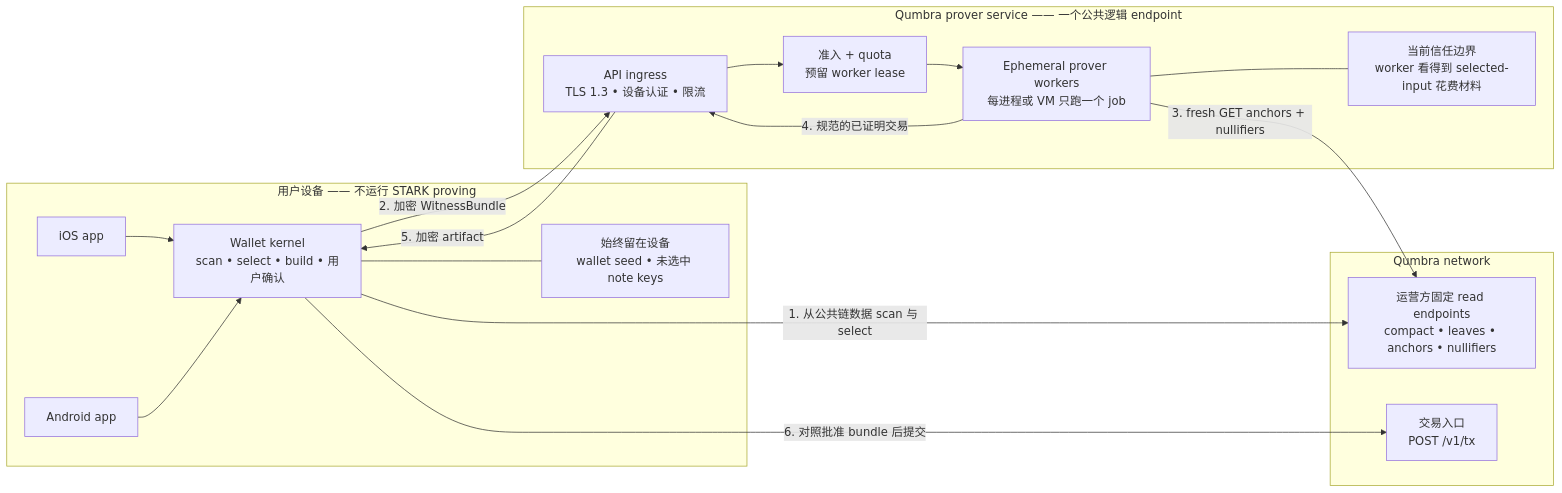
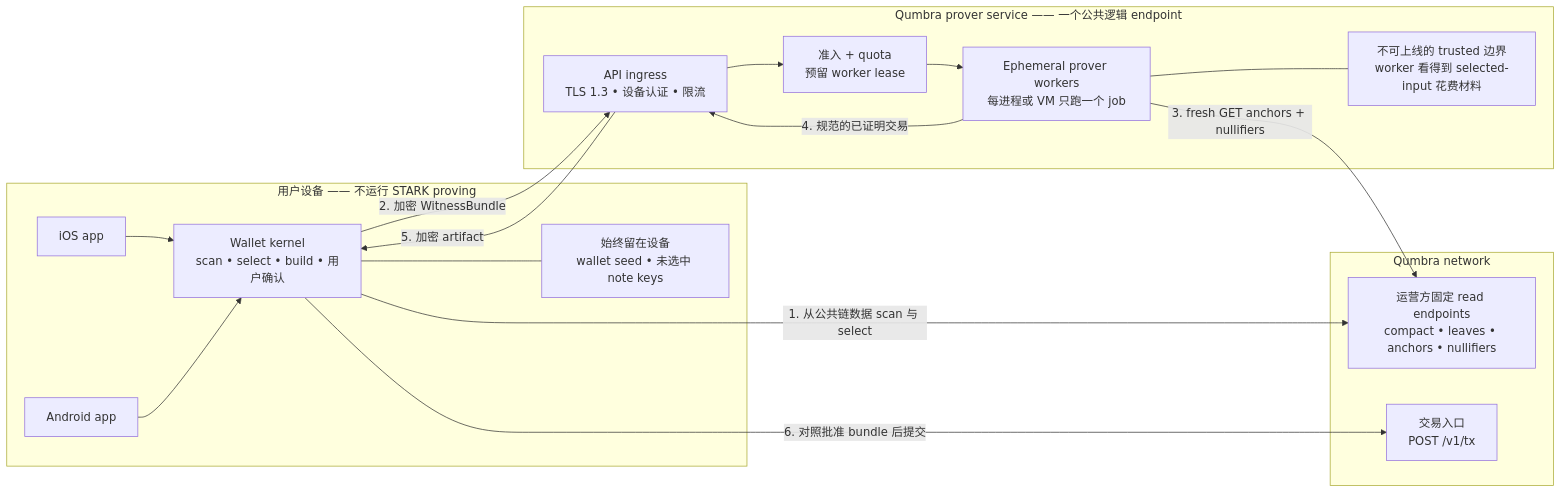
The diagram in docs/backend-assisted-proving-security-zh.md (qumbra-labs/qumbra-lab), drawn with Mermaid before and after one commit. The commit also changed other lines of this file and 3 other files, not shown here.

````diff
--- a/docs/backend-assisted-proving-security-zh.md
+++ b/docs/backend-assisted-proving-security-zh.md
@@ -82,33 +90,33 @@
 ```mermaid
 flowchart LR
     subgraph DEVICE["用户设备 —— 不运行 STARK proving"]
         IOS["iOS app"]
         ANDROID["Android app"]
         KERNEL["Wallet kernel<br/>scan • select • build • 用户确认"]
         LOCAL["始终留在设备<br/>wallet seed • 未选中 note keys"]
         IOS --> KERNEL
         ANDROID --> KERNEL
         KERNEL --- LOCAL
     end
 
     subgraph SERVICE["Qumbra prover service —— 一个公共逻辑 endpoint"]
         INGRESS["API ingress<br/>TLS 1.3 • 设备认证 • 限流"]
         ADMISSION["准入 + quota<br/>预留 worker lease"]
         WORKERS["Ephemeral prover workers<br/>每进程或 VM 只跑一个 job"]
-        RISK["当前信任边界<br/>worker 看得到 selected-input 花费材料"]
+        RISK["不可上线的 trusted 边界<br/>worker 看得到 selected-input 花费材料"]
         INGRESS --> ADMISSION --> WORKERS
         WORKERS --- RISK
     end
 
     subgraph NETWORK["Qumbra network"]
         READ["运营方固定 read endpoints<br/>compact • leaves • anchors • nullifiers"]
         SUBMIT["交易入口<br/>POST /v1/tx"]
     end
 
     KERNEL -->|"1. 从公共链数据 scan 与 select"| READ
     KERNEL -->|"2. 加密 WitnessBundle"| INGRESS
     WORKERS -->|"3. fresh GET anchors + nullifiers"| READ
     WORKERS -->|"4. 规范的已证明交易"| INGRESS
     INGRESS -->|"5. 加密 artifact"| KERNEL
     KERNEL -->|"6. 对照批准 bundle 后提交"| SUBMIT
 ```
````
